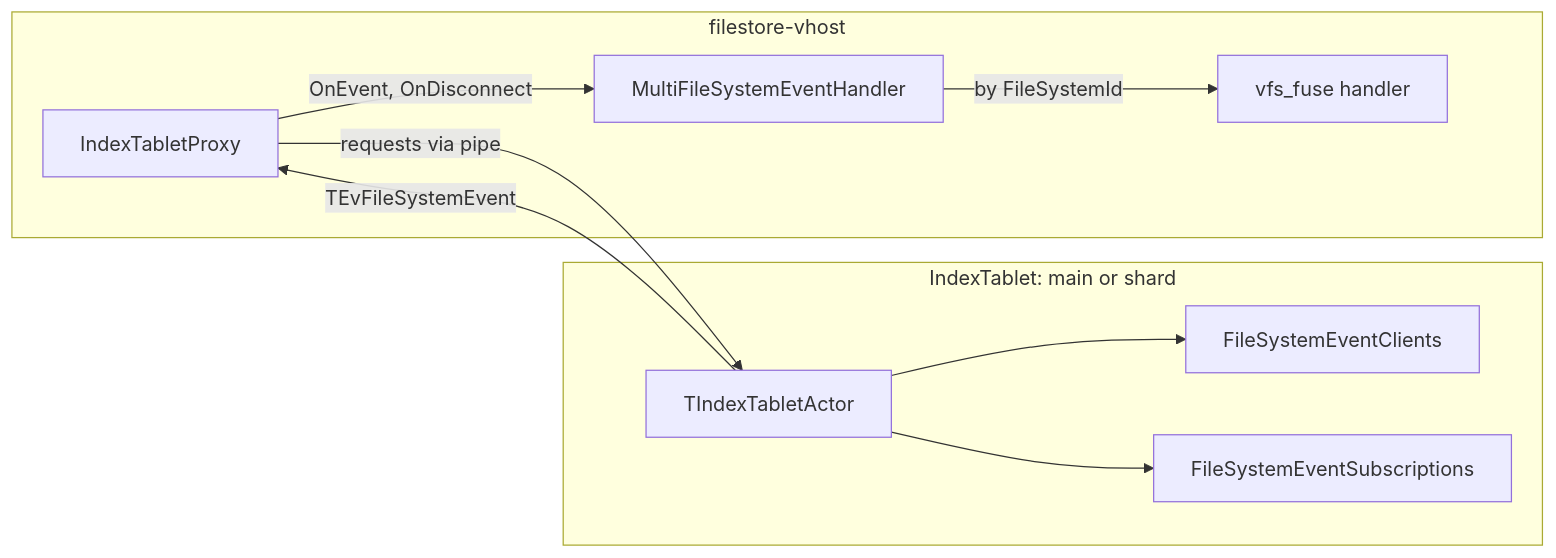
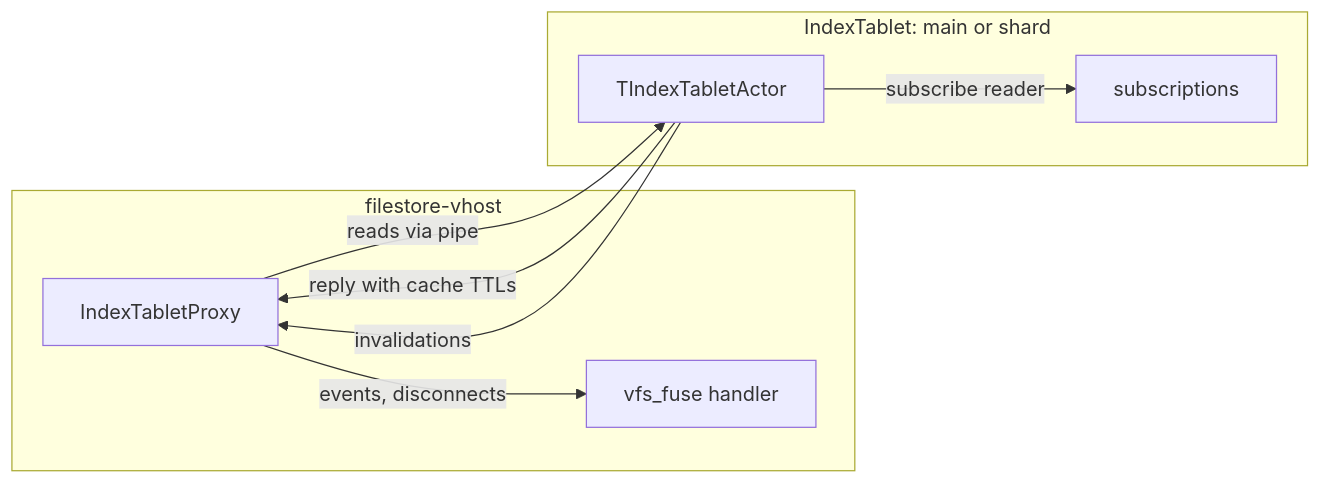
The first of 4 diagrams in doc/filestore/design/cache/filesystem_events.md (ydb-platform/nbs), drawn with Mermaid before and after one commit. The commit also changed other lines of this file, not shown here.

Commit message:
issue-6874: FileSystemEvents - doc - added xattrs and cache ttl

````diff
--- a/doc/filestore/design/cache/filesystem_events.md
+++ b/doc/filestore/design/cache/filesystem_events.md
@@ -18,21 +16,18 @@
 ```mermaid
 flowchart LR
     subgraph vhost["filestore-vhost"]
         FUSE["vfs_fuse handler"]
-        Multi["MultiFileSystemEventHandler"]
         Proxy["IndexTabletProxy"]
     end
 
     subgraph tablet["IndexTablet: main or shard"]
         Actor["TIndexTabletActor"]
-        Clients["FileSystemEventClients"]
-        Subs["FileSystemEventSubscriptions"]
+        Subs["subscriptions"]
     end
 
-    Proxy -->|"requests via pipe"| Actor
-    Actor --> Clients
-    Actor --> Subs
-    Actor -->|"TEvFileSystemEvent"| Proxy
-    Proxy -->|"OnEvent, OnDisconnect"| Multi
-    Multi -->|"by FileSystemId"| FUSE
+    Proxy -->|"reads via pipe"| Actor
+    Actor -->|"subscribe reader"| Subs
+    Actor -->|"reply with cache TTLs"| Proxy
+    Actor -->|"invalidations"| Proxy
+    Proxy -->|"events, disconnects"| FUSE
 ```
````
